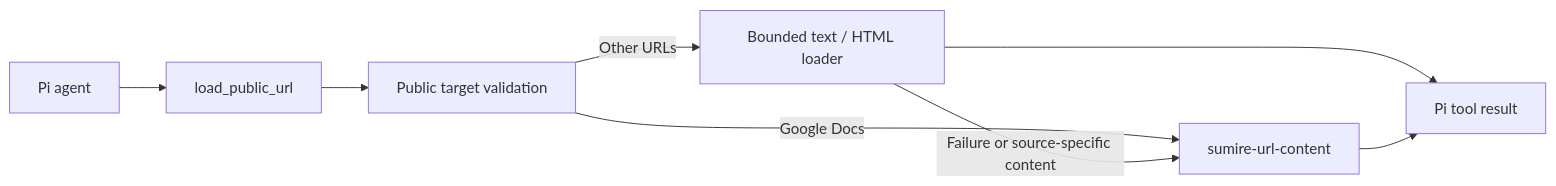
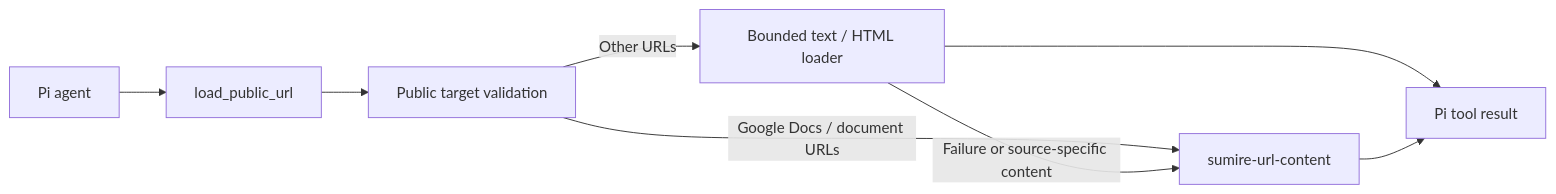
The diagram in packages/url-tool/README.md (narumiruna/sumire), drawn with Mermaid before and after one commit. The commit also changed other lines of this file and 21 other files, not shown here.

Commit message:
feat(url-content): add local AnyDoc document loading

````diff
--- a/packages/url-tool/README.md
+++ b/packages/url-tool/README.md
@@ -31,10 +31,10 @@
 ```mermaid
 flowchart LR
     Agent[Pi agent] --> Tool[load_public_url]
     Tool --> Check[Public target validation]
     Check -->|Other URLs| BuiltIn[Bounded text / HTML loader]
-    Check -->|Google Docs| Fallback[sumire-url-content]
+    Check -->|Google Docs / document URLs| Fallback[sumire-url-content]
     BuiltIn -->|Failure or source-specific content| Fallback
     BuiltIn --> Result[Pi tool result]
     Fallback --> Result
 ```
````
